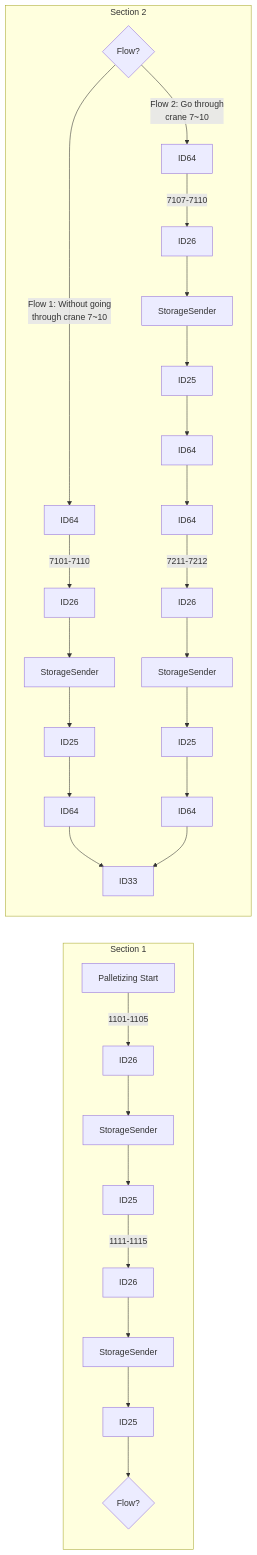
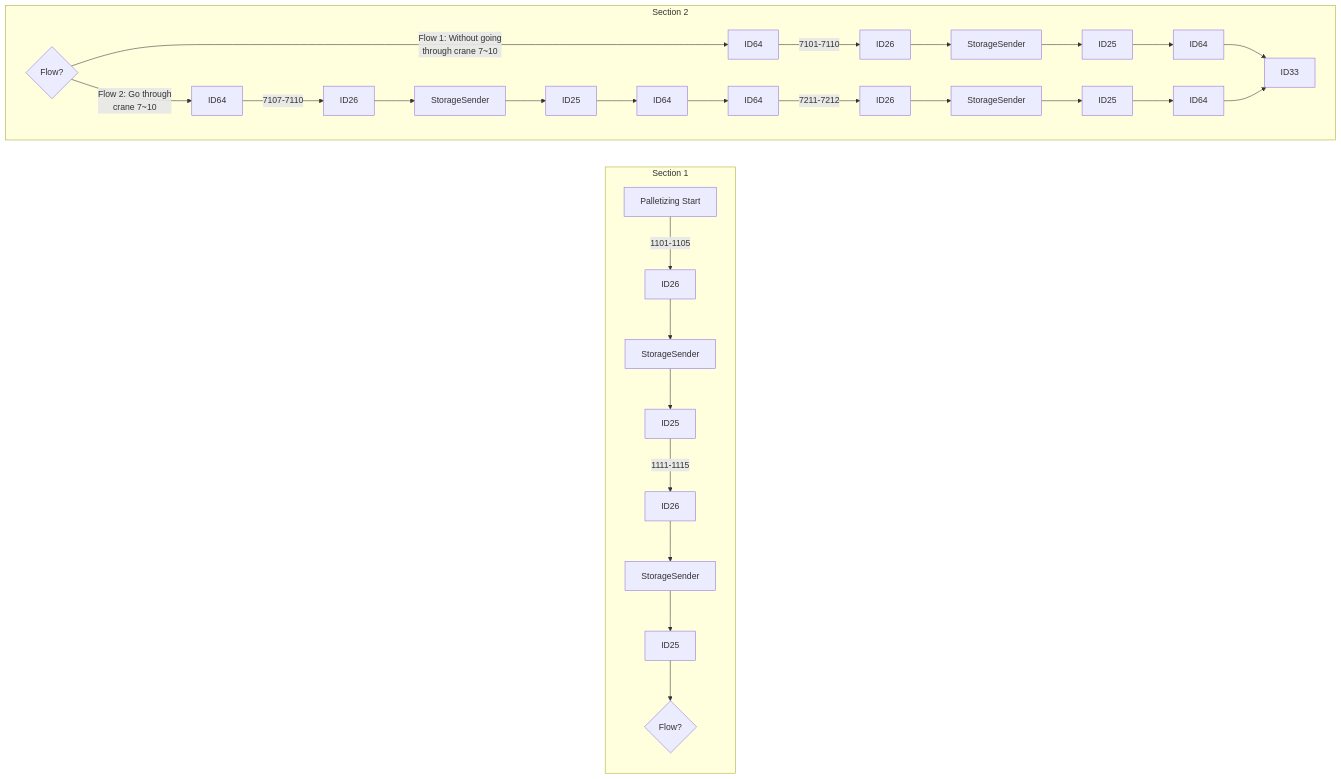
One commit to luthfiadityaa/SimeDarby-Wiki changed the first of 23 diagrams in Basic-Design/DFD-WMS/Storage/Palletizing-Settting/Palletize-Start.md. Above: the diagram before and after it, drawn with Mermaid.

Commit message:
Updated Palletize Start

```diff
--- a/Basic-Design/DFD-WMS/Storage/Palletizing-Settting/Palletize-Start.md
+++ b/Basic-Design/DFD-WMS/Storage/Palletizing-Settting/Palletize-Start.md
@@ -5,24 +5,25 @@
 ::: mermaid
 flowchart LR
  
 subgraph Section 1
 P1[Palletizing Start]--> |1101-1105| P2[ID26]-->P3[StorageSender]-->P4[ID25]
 P4[ID25]--> |1111-1115| P5[ID26]-->P6[StorageSender]-->P7[ID25]
 P7[ID25]-->Cond1{Flow?} 
 end  
 
 subgraph Section 2
+direction LR
 Cond2{Flow?}
 
 Cond2 --> |Flow 1: Without going 
 through crane 7~10| P8[ID64]
 Cond2 --> |Flow 2: Go through 
 crane 7~10| P9[ID64]
 
 P8[ID64]--> |7101-7110| P10[ID26]-->P11[StorageSender]-->P12[ID25]-->P13[ID64]
 P9[ID64]--> |7107-7110| P15[ID26]-->P16[StorageSender]-->P17[ID25]-->P18[ID64]-->P19[ID64]--> |7211-7212| P20[ID26]-->P21[StorageSender]-->P22[ID25]-->P23[ID64]
 
 P13[ID64]-->P14[ID33]
 P23[ID64]-->P14[ID33]
 end
 :::
```
